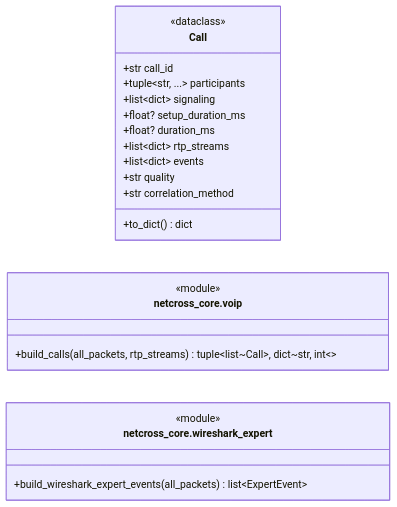
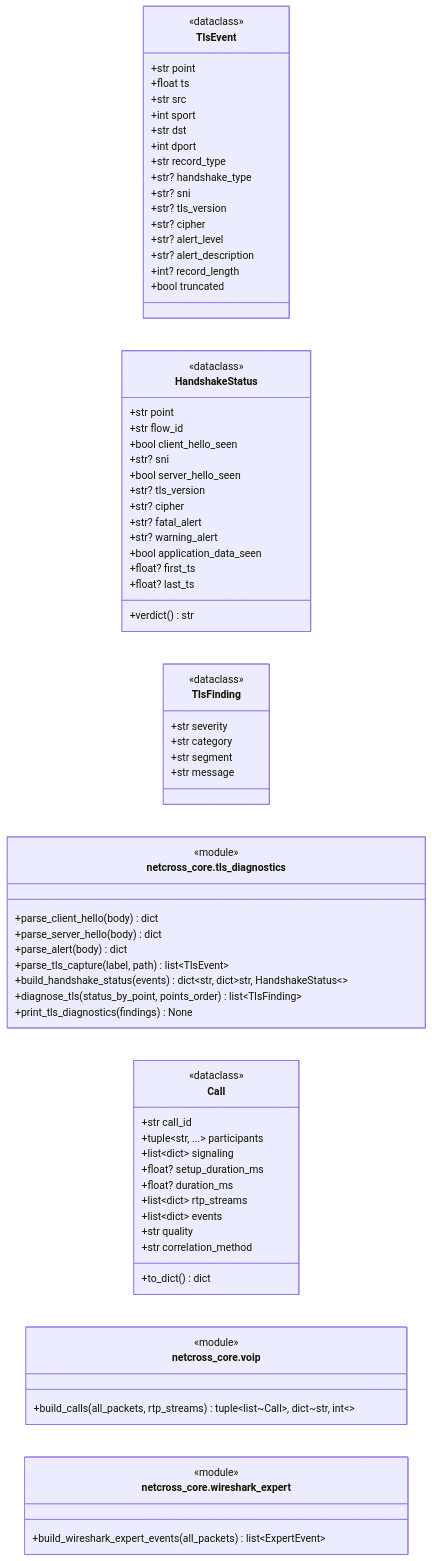
One commit to Mathide-Team/Netcross changed the fifth of 20 diagrams in docs/class-diagram.md. Above: the diagram before and after it, drawn with Mermaid. The commit also changed 11 other files, not shown here.

````diff
--- a/docs/class-diagram.md
+++ b/docs/class-diagram.md
@@ -1799,29 +1781,82 @@
 ```mermaid
 classDiagram
     direction LR
+
+    %% ===== netcross_core.tls_diagnostics =====
+    class TlsEvent {
+        <<dataclass>>
+        +str point
+        +float ts
+        +str src
+        +int sport
+        +str dst
+        +int dport
+        +str record_type
+        +str? handshake_type
+        +str? sni
+        +str? tls_version
+        +str? cipher
+        +str? alert_level
+        +str? alert_description
+        +int? record_length
+        +bool truncated
+    }
+    class HandshakeStatus {
+        <<dataclass>>
+        +str point
+        +str flow_id
+        +bool client_hello_seen
+        +str? sni
+        +bool server_hello_seen
+        +str? tls_version
+        +str? cipher
+        +str? fatal_alert
+        +str? warning_alert
+        +bool application_data_seen
+        +float? first_ts
+        +float? last_ts
+        +verdict() str
+    }
+    class TlsFinding {
+        <<dataclass>>
+        +str severity
+        +str category
+        +str segment
+        +str message
+    }
+    class mod_netcross_core_tls_diagnostics["netcross_core.tls_diagnostics"] {
+        <<module>>
+        +parse_client_hello(body) dict
+        +parse_server_hello(body) dict
+        +parse_alert(body) dict
+        +parse_tls_capture(label, path) list~TlsEvent~
+        +build_handshake_status(events) dict~str, dict~str, HandshakeStatus~~
+        +diagnose_tls(status_by_point, points_order) list~TlsFinding~
+        +print_tls_diagnostics(findings) None
+    }
 
     %% ===== netcross_core.voip =====
     class Call {
         <<dataclass>>
         +str call_id
         +tuple~str, ...~ participants
         +list~dict~ signaling
         +float? setup_duration_ms
         +float? duration_ms
         +list~dict~ rtp_streams
         +list~dict~ events
         +str quality
         +str correlation_method
         +to_dict() dict
     }
     class mod_netcross_core_voip["netcross_core.voip"] {
         <<module>>
         +build_calls(all_packets, rtp_streams) tuple~list~Call~, dict~str, int~~
     }
 
     %% ===== netcross_core.wireshark_expert =====
     class mod_netcross_core_wireshark_expert["netcross_core.wireshark_expert"] {
         <<module>>
         +build_wireshark_expert_events(all_packets) list~ExpertEvent~
     }
 ```
````
